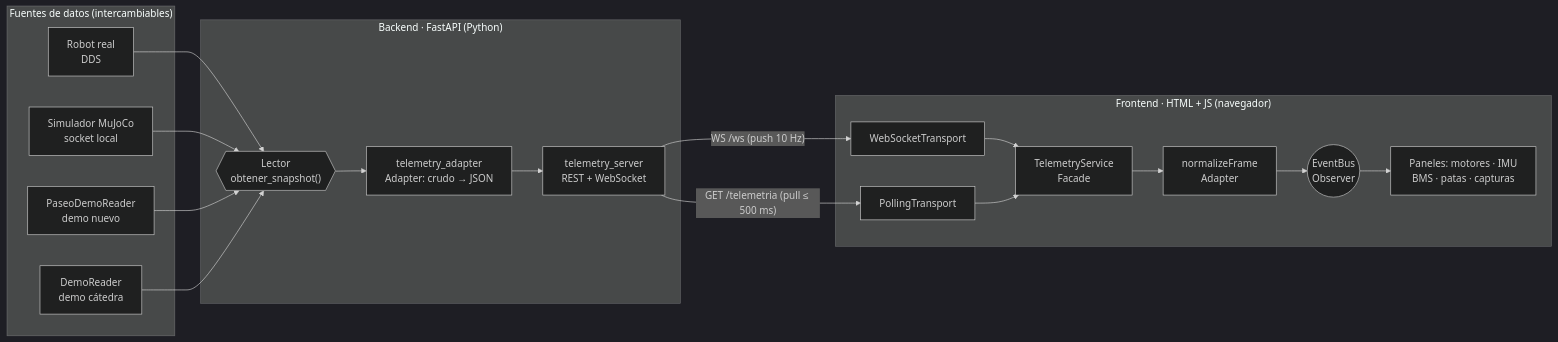
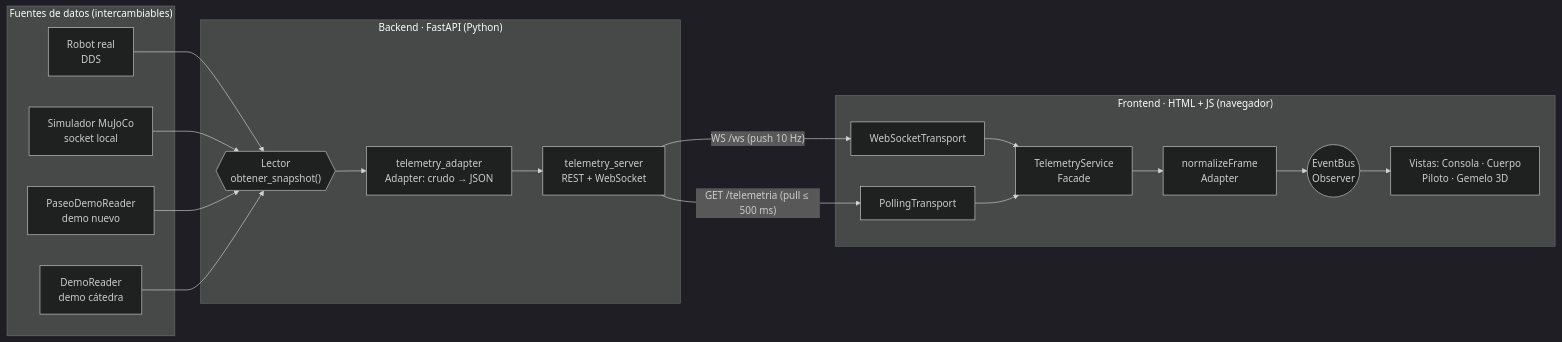
Before and after one commit to carlos-illobre/robot: the second of 3 diagrams in README.md, drawn with Mermaid (dark theme). The commit also changed other lines of this file and 4 other files, not shown here.

````diff
--- a/README.md
+++ b/README.md
@@ -629,29 +653,29 @@
 ```mermaid
 flowchart LR
   subgraph Fuentes["Fuentes de datos (intercambiables)"]
     R[Robot real<br/>DDS]
     M[Simulador MuJoCo<br/>socket local]
     P[PaseoDemoReader<br/>demo nuevo]
     D[DemoReader<br/>demo cátedra]
   end
 
   subgraph Backend["Backend · FastAPI (Python)"]
     L{{"Lector<br/>obtener_snapshot()"}}
     A[telemetry_adapter<br/>Adapter: crudo → JSON]
     S[telemetry_server<br/>REST + WebSocket]
   end
 
   subgraph Frontend["Frontend · HTML + JS (navegador)"]
     TS[TelemetryService<br/>Facade]
     WS[WebSocketTransport]
     PO[PollingTransport]
     N[normalizeFrame<br/>Adapter]
     B((EventBus<br/>Observer))
-    UI[Paneles: motores · IMU<br/>BMS · patas · capturas]
+    UI[Vistas: Consola · Cuerpo<br/>Piloto · Gemelo 3D]
   end
 
   R & M & P & D --> L --> A --> S
   S -- "WS /ws (push 10 Hz)" --> WS
   S -- "GET /telemetria (pull ≤ 500 ms)" --> PO
   WS & PO --> TS --> N --> B --> UI
 ```
````
